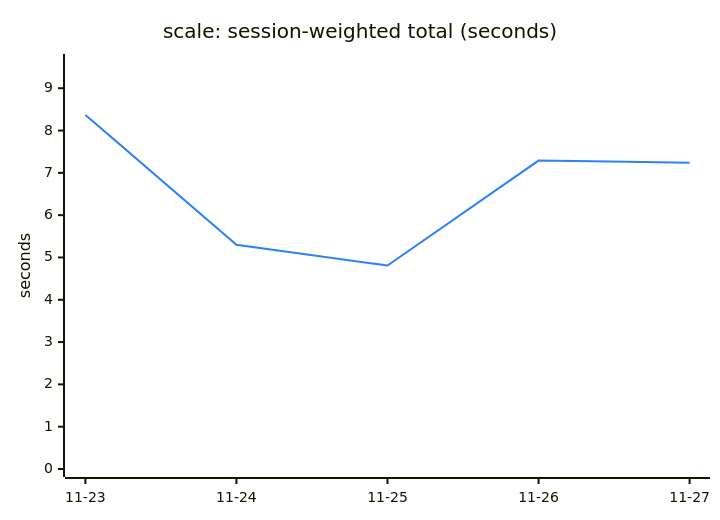
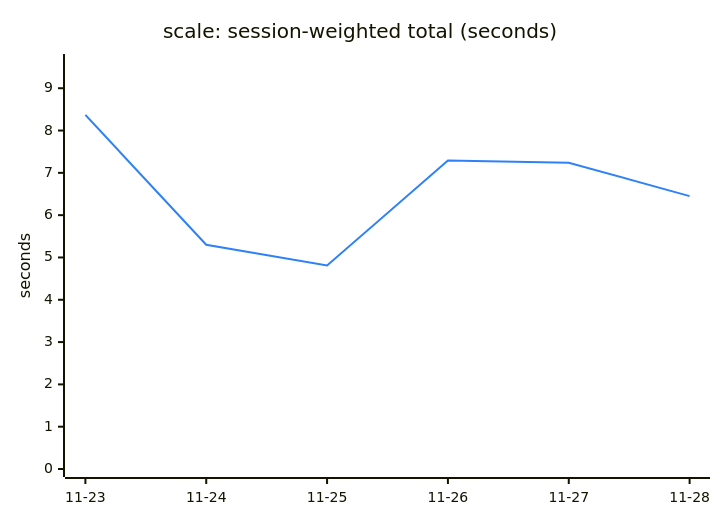
One commit to engalar/mxcli changed the third of 6 diagrams in TREND.md. Above: the diagram before and after it, drawn with Mermaid. The commit also changed other lines of this file and 2 other files, not shown here.

````diff
--- a/TREND.md
+++ b/TREND.md
@@ -83,13 +83,13 @@
 ```mermaid
 ---
 config:
   themeVariables:
     xyChart:
       plotColorPalette: "#2f81f7"
 ---
 xychart-beta
     title "scale: session-weighted total (seconds)"
-    x-axis ["11-23", "11-24", "11-25", "11-26", "11-27"]
+    x-axis ["11-23", "11-24", "11-25", "11-26", "11-27", "11-28"]
     y-axis "seconds" 0 --> 9.62
-    line [8.37, 5.30, 4.81, 7.29, 7.24]
+    line [8.37, 5.30, 4.81, 7.29, 7.24, 6.45]
 ```
````
